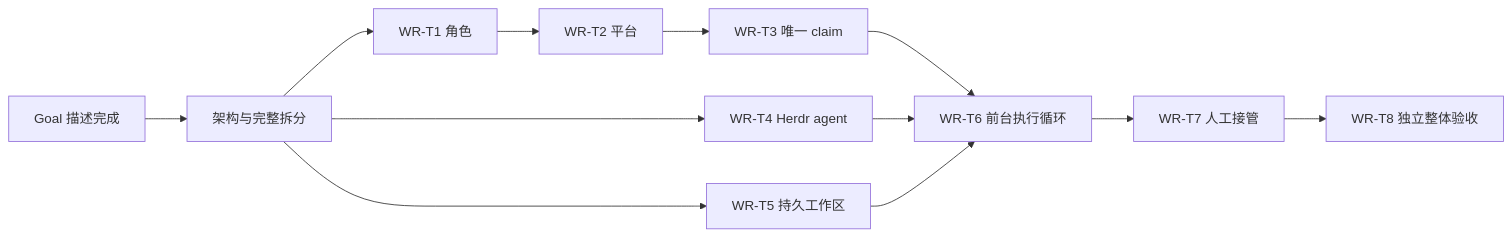
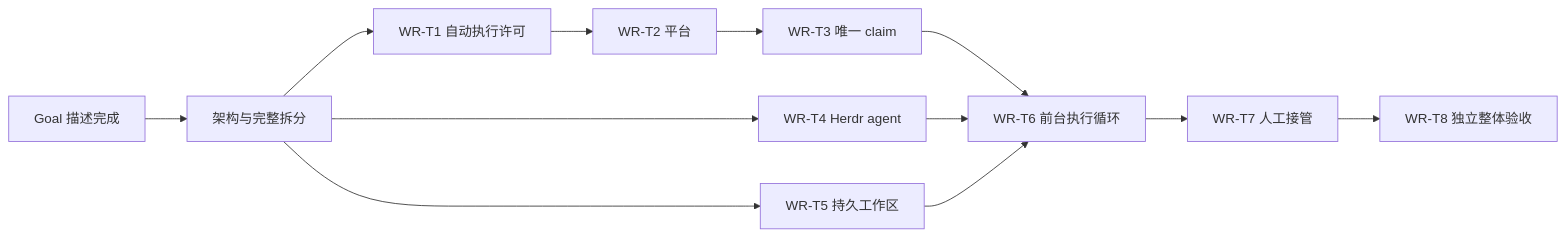
The diagram in docs/design/daynight-worker-tasks.md (codetreker/day-night), drawn with Mermaid before and after one commit. The commit also changed other lines of this file and 5 other files, not shown here.

````diff
--- a/docs/design/daynight-worker-tasks.md
+++ b/docs/design/daynight-worker-tasks.md
@@ -24,14 +24,14 @@
 ```mermaid
 flowchart LR
   G[Goal 描述完成] --> D[架构与完整拆分]
-  D --> T1[WR-T1 角色]
+  D --> T1[WR-T1 自动执行许可]
   T1 --> T2[WR-T2 平台]
   T2 --> T3[WR-T3 唯一 claim]
   D --> T4[WR-T4 Herdr agent]
   D --> T5[WR-T5 持久工作区]
   T3 --> T6[WR-T6 前台执行循环]
   T4 --> T6
   T5 --> T6
   T6 --> T7[WR-T7 人工接管]
   T7 --> T8[WR-T8 独立整体验收]
 ```
````
